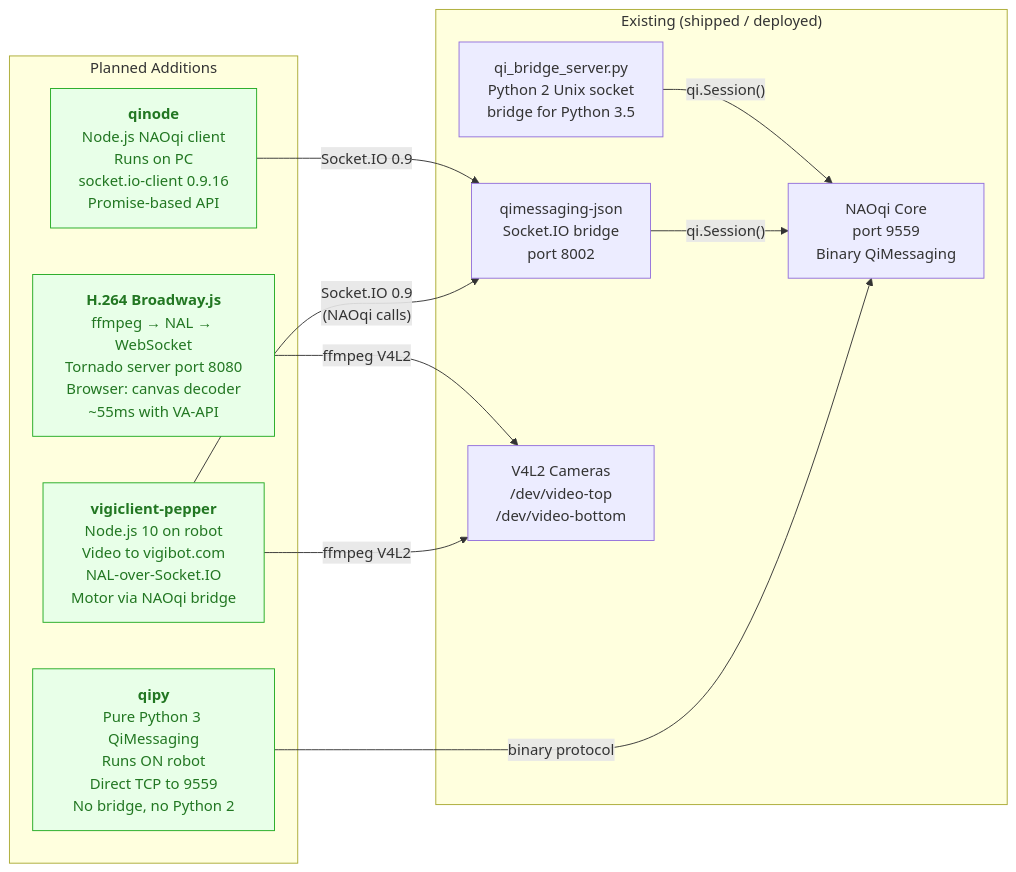
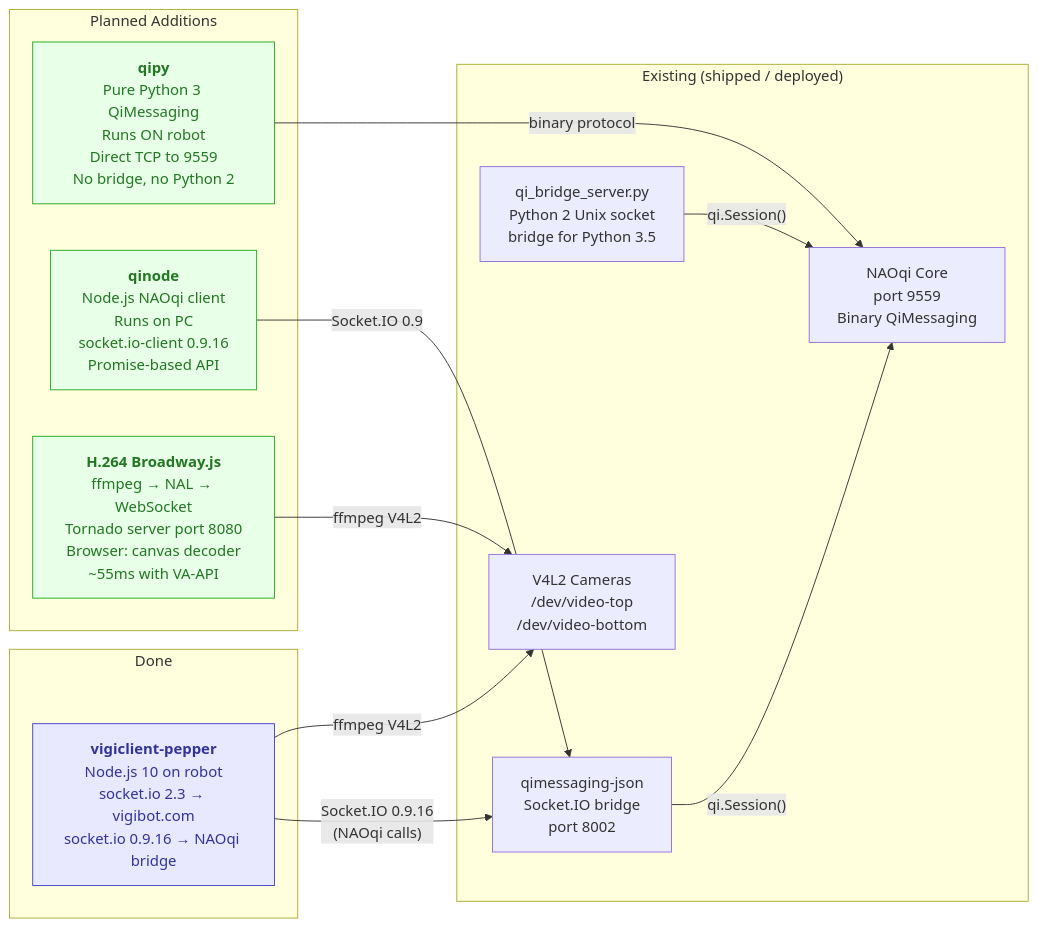
One commit to joseluu/pepper changed the tenth of 10 diagrams in architecture/PEPPER.md. Above: the diagram before and after it, drawn with Mermaid. The commit also changed other lines of this file and 9 other files, not shown here.

First line of the commit message:
vigiclient-pepper v2.0: working vigibot.com connection

````diff
--- a/architecture/PEPPER.md
+++ b/architecture/PEPPER.md
@@ -489,27 +494,31 @@
 ```mermaid
 flowchart LR
   subgraph EXISTING["Existing (shipped / deployed)"]
     NAOQI["NAOqi Core\nport 9559\nBinary QiMessaging"]
     BRIDGE["qimessaging-json\nSocket.IO bridge\nport 8002"]
     PYBRIDGE["qi_bridge_server.py\nPython 2 Unix socket\nbridge for Python 3.5"]
     CAMERAS["V4L2 Cameras\n/dev/video-top\n/dev/video-bottom"]
   end
 
   subgraph PLANNED["Planned Additions"]
     QIPY["<b>qipy</b>\nPure Python 3 QiMessaging\nRuns ON robot\nDirect TCP to 9559\nNo bridge, no Python 2"]:::planned
     QINODE["<b>qinode</b>\nNode.js NAOqi client\nRuns on PC\nsocket.io-client 0.9.16\nPromise-based API"]:::planned
     BROADWAY["<b>H.264 Broadway.js</b>\nffmpeg → NAL → WebSocket\nTornado server port 8080\nBrowser: canvas decoder\n~55ms with VA-API"]:::planned
-    VIGICLIENT["<b>vigiclient-pepper</b>\nNode.js 10 on robot\nVideo to vigibot.com\nNAL-over-Socket.IO\nMotor via NAOqi bridge"]:::planned
+  end
+
+  subgraph DONE_ADDITIONS["Done"]
+    VIGICLIENT["<b>vigiclient-pepper</b>\nNode.js 10 on robot\nsocket.io 2.3 → vigibot.com\nsocket.io 0.9.16 → NAOqi bridge"]:::done
   end
 
   PYBRIDGE -->|"qi.Session()"| NAOQI
   BRIDGE -->|"qi.Session()"| NAOQI
 
   QIPY -->|"binary protocol"| NAOQI
   QINODE -->|"Socket.IO 0.9"| BRIDGE
-  VIGICLIENT -->|"Socket.IO 0.9\n(NAOqi calls)"| BRIDGE
+  VIGICLIENT -->|"Socket.IO 0.9.16\n(NAOqi calls)"| BRIDGE
   BROADWAY -->|"ffmpeg V4L2"| CAMERAS
   VIGICLIENT -->|"ffmpeg V4L2"| CAMERAS
 
   classDef planned fill:#e8ffe8,stroke:#22aa22,color:#227722
+  classDef done fill:#e8e8ff,stroke:#4444cc,color:#333399
 ```
````
